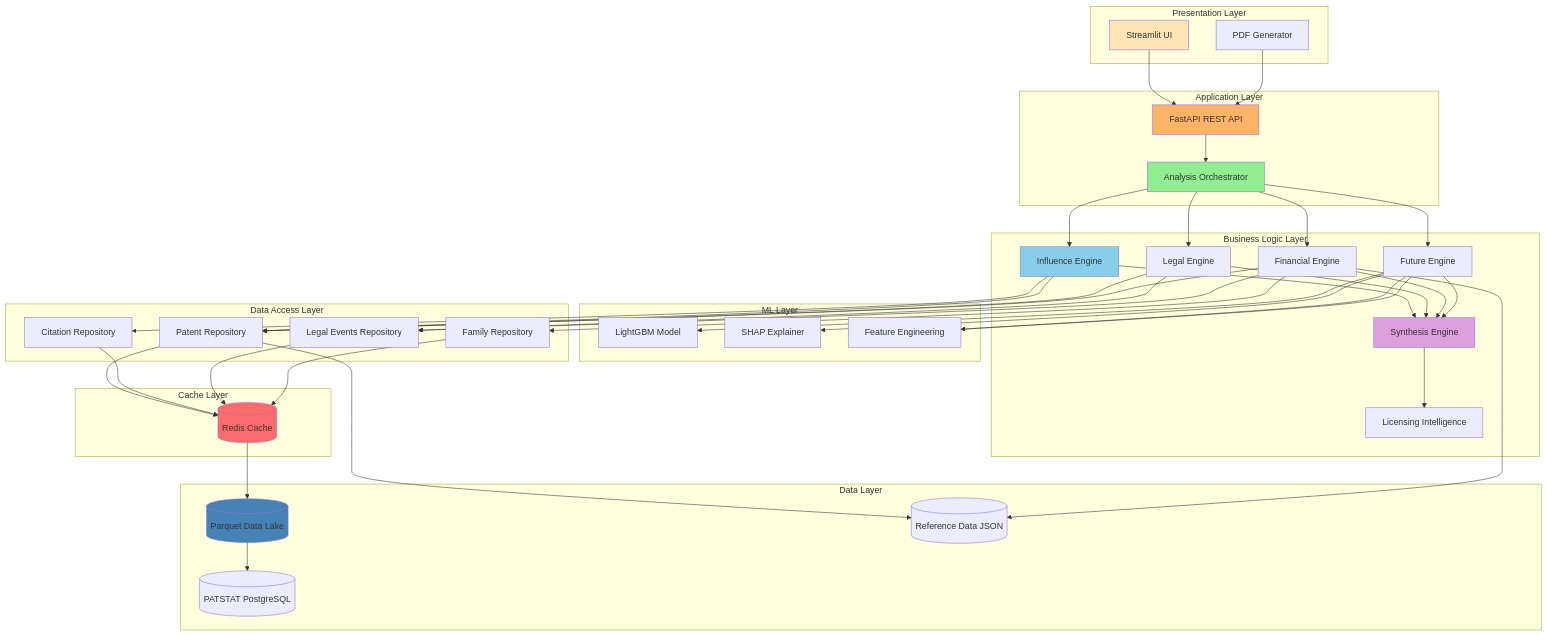
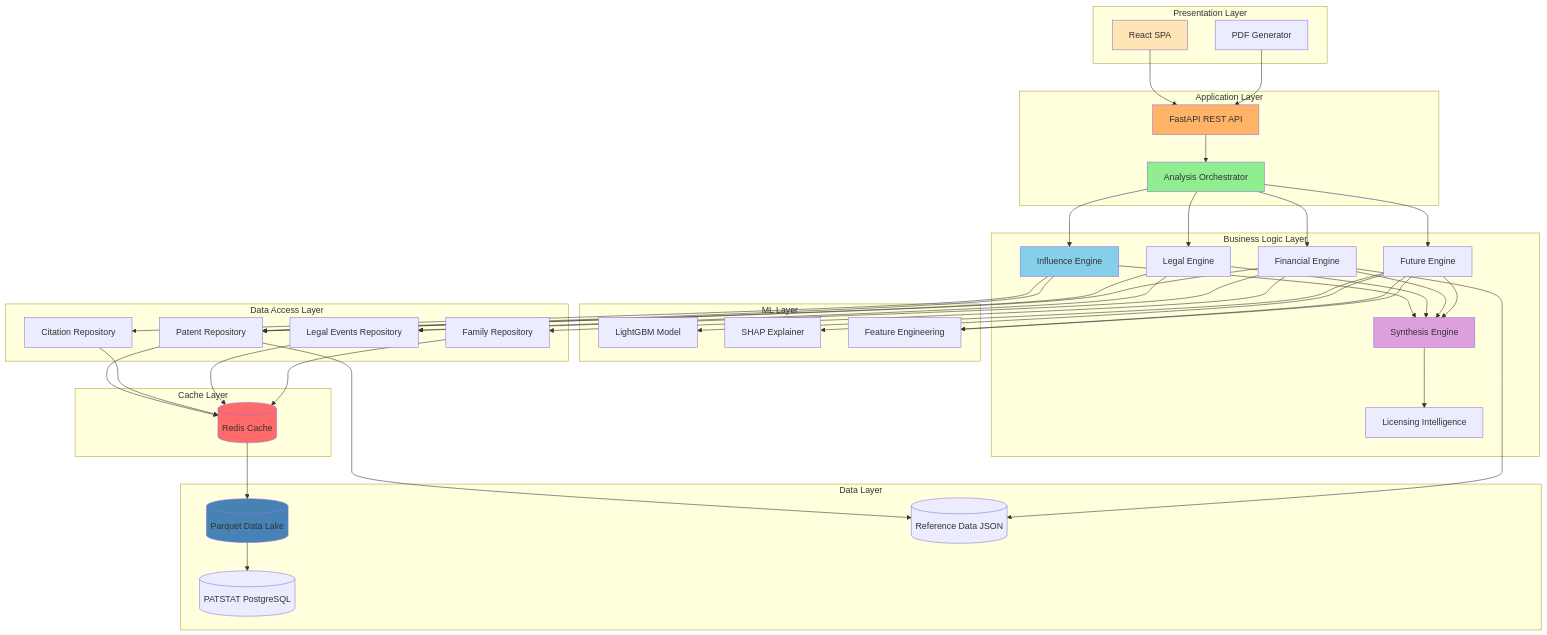
One commit to aerkn1/patent-iq changed the first of 5 diagrams in docs/project/architecture.md. Above: the diagram before and after it, drawn with Mermaid. The commit also changed other lines of this file and 1858 other files, not shown here.

````diff
--- a/docs/project/architecture.md
+++ b/docs/project/architecture.md
@@ -61,7 +61,7 @@
 ```mermaid
 graph TB
     subgraph "Presentation Layer"
-        UI[Streamlit UI]
+        UI[React SPA]
         PDF[PDF Generator]
     end
     
````
